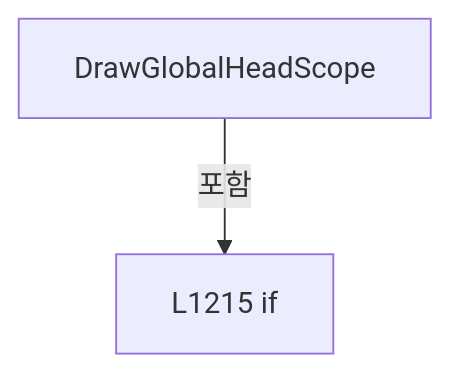
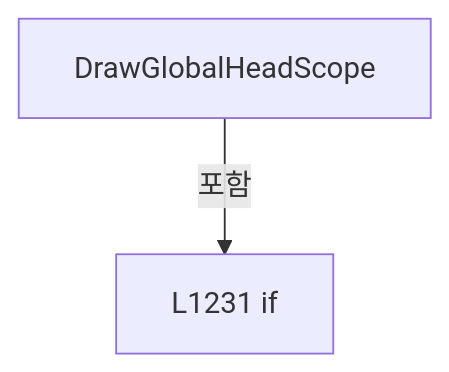
Diagram 13 of 22 in A3 LD Code Ref/files/Drilling.UI/Menu/Menus/CReviewGlassPreviewBuilder.cs.md (kjuws10-rgb/Shared), drawn with Mermaid before and after one commit. The commit also changed other lines of this file and 2071 other files, not shown here.

Commit message:
docs(a3): update 11.19.0 architecture and code reference

````diff
--- a/A3 LD Code Ref/files/Drilling.UI/Menu/Menus/CReviewGlassPreviewBuilder.cs.md
+++ b/A3 LD Code Ref/files/Drilling.UI/Menu/Menus/CReviewGlassPreviewBuilder.cs.md
@@ -2136,6 +2151,6 @@
 ```mermaid
 flowchart TD
  M["DrawGlobalHeadScope"]
- N0["L1215 if"]
+ N0["L1231 if"]
  M -->|포함| N0
 ```
````
